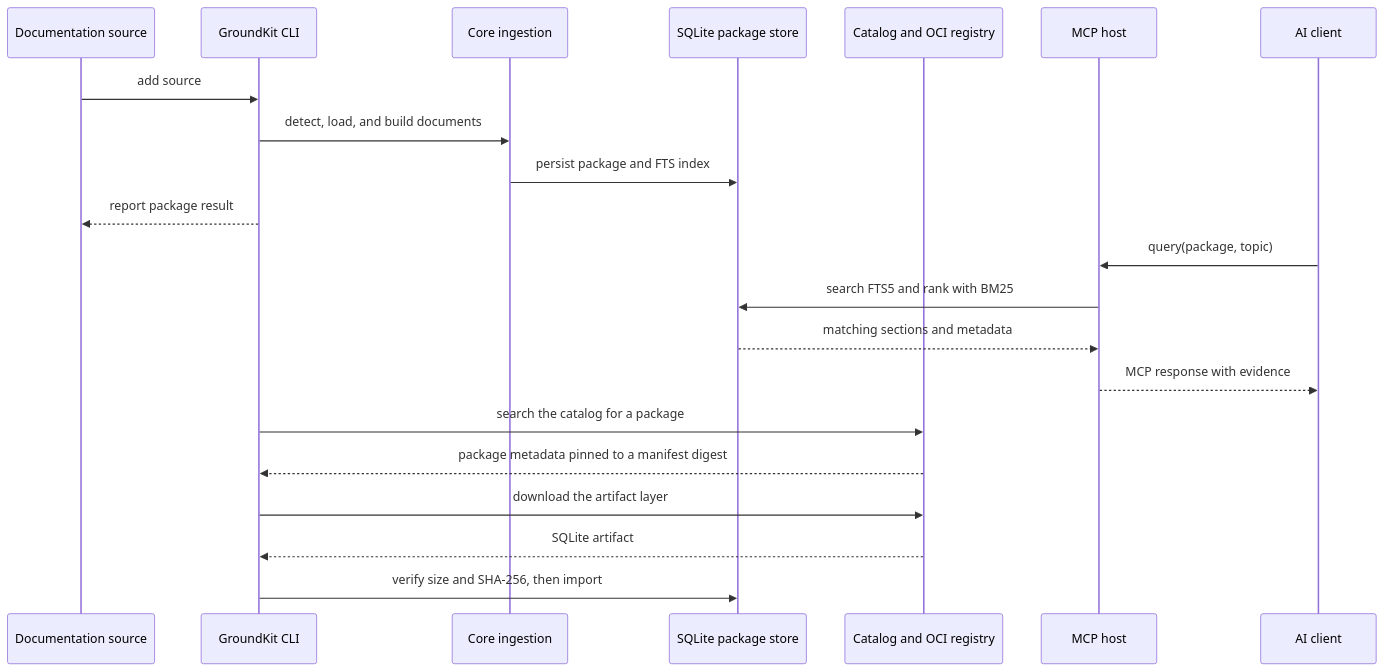
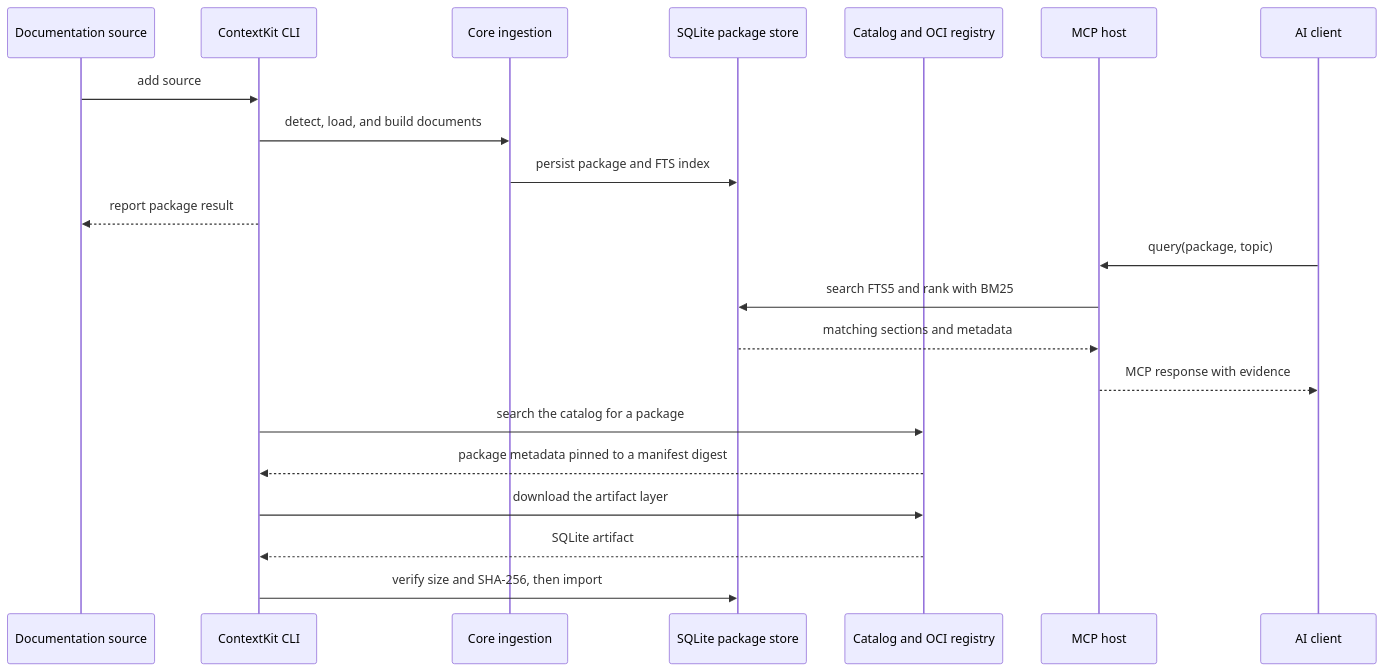
Before and after one commit to mehdihadeli/ContextKit: the third of 4 diagrams in docs/guide/architecture.md, drawn with Mermaid. The commit also changed other lines of this file and 204 other files, not shown here.

````diff
--- a/docs/guide/architecture.md
+++ b/docs/guide/architecture.md
@@ -82,26 +106,26 @@
 ```mermaid
 sequenceDiagram
   participant Source as Documentation source
-  participant CLI as GroundKit CLI
+  participant CLI as ContextKit CLI
   participant Core as Core ingestion
   participant Store as SQLite package store
   participant Registry as Catalog and OCI registry
   participant MCP as MCP host
   participant AI as AI client
 
   Source->>CLI: add source
   CLI->>Core: detect, load, and build documents
   Core->>Store: persist package and FTS index
   CLI-->>Source: report package result
 
   AI->>MCP: query(package, topic)
   MCP->>Store: search FTS5 and rank with BM25
   Store-->>MCP: matching sections and metadata
   MCP-->>AI: MCP response with evidence
 
   CLI->>Registry: search the catalog for a package
   Registry-->>CLI: package metadata pinned to a manifest digest
   CLI->>Registry: download the artifact layer
   Registry-->>CLI: SQLite artifact
   CLI->>Store: verify size and SHA-256, then import
 ```
````
